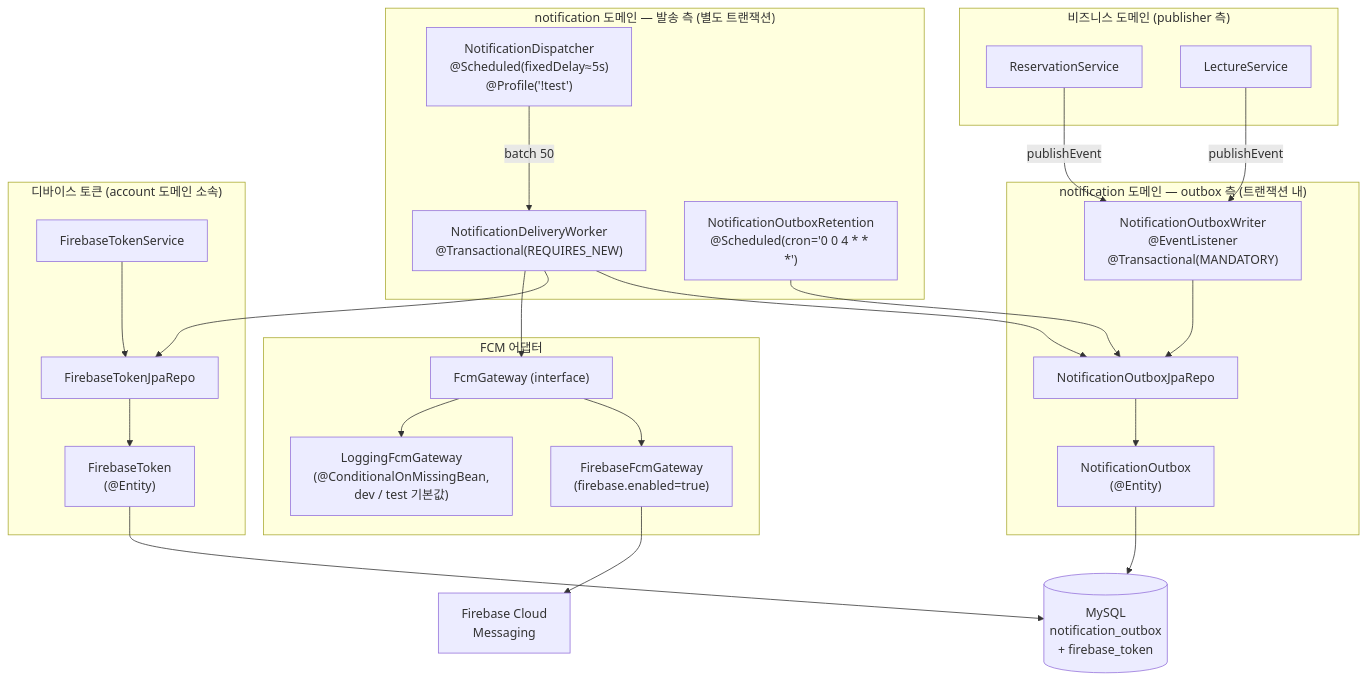
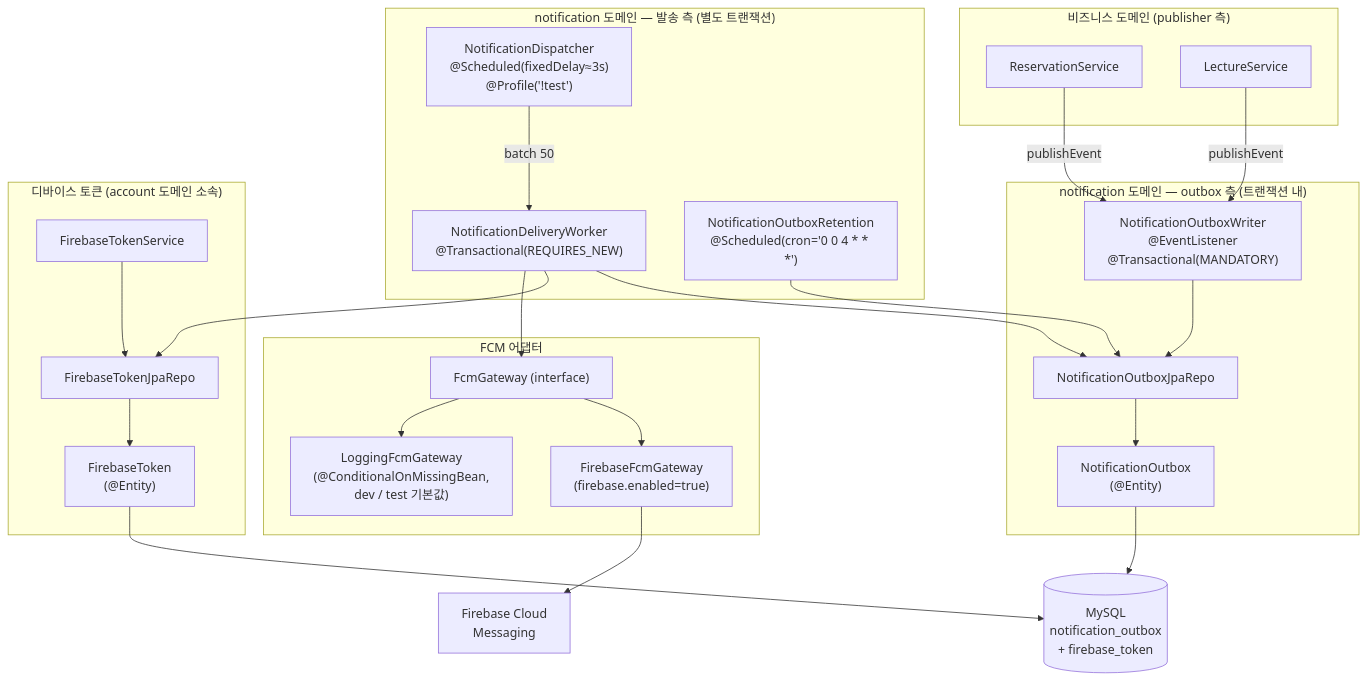
One commit to pungdong/Pungdong-Backend changed the first of 6 diagrams in docs/architecture/notification.md. Above: the diagram before and after it, drawn with Mermaid. The commit also changed other lines of this file and 1 other file, not shown here.

````diff
--- a/docs/architecture/notification.md
+++ b/docs/architecture/notification.md
@@ -15,54 +15,54 @@
 ```mermaid
 flowchart TB
     subgraph Biz["비즈니스 도메인 (publisher 측)"]
         ReservSvc["ReservationService"]
         LectSvc["LectureService"]
     end
 
     subgraph Outbox["notification 도메인 — outbox 측 (트랜잭션 내)"]
         Writer["NotificationOutboxWriter<br/>@EventListener<br/>@Transactional(MANDATORY)"]
         OutboxEntity["NotificationOutbox<br/>(@Entity)"]
         OutboxRepo["NotificationOutboxJpaRepo"]
     end
 
     subgraph Worker["notification 도메인 — 발송 측 (별도 트랜잭션)"]
-        Dispatcher["NotificationDispatcher<br/>@Scheduled(fixedDelay≈5s)<br/>@Profile('!test')"]
+        Dispatcher["NotificationDispatcher<br/>@Scheduled(fixedDelay≈3s)<br/>@Profile('!test')"]
         DeliveryWorker["NotificationDeliveryWorker<br/>@Transactional(REQUIRES_NEW)"]
         Retention["NotificationOutboxRetention<br/>@Scheduled(cron='0 0 4 * * *')"]
     end
 
     subgraph Token["디바이스 토큰 (account 도메인 소속)"]
         TokenSvc["FirebaseTokenService"]
         TokenEntity["FirebaseToken<br/>(@Entity)"]
         TokenRepo["FirebaseTokenJpaRepo"]
     end
 
     subgraph Fcm["FCM 어댑터"]
         Gateway["FcmGateway (interface)"]
         Real["FirebaseFcmGateway<br/>(firebase.enabled=true)"]
         Stub["LoggingFcmGateway<br/>(@ConditionalOnMissingBean,<br/>dev / test 기본값)"]
     end
 
     DB[("MySQL<br/>notification_outbox<br/>+ firebase_token")]
     FCMext["Firebase Cloud<br/>Messaging"]
 
     ReservSvc -->|publishEvent| Writer
     LectSvc -->|publishEvent| Writer
     Writer --> OutboxRepo
     OutboxRepo --> OutboxEntity
     OutboxEntity --> DB
 
     Dispatcher -->|batch 50| DeliveryWorker
     DeliveryWorker --> OutboxRepo
     DeliveryWorker --> TokenRepo
     DeliveryWorker --> Gateway
     Retention --> OutboxRepo
 
     Gateway --> Real
     Gateway --> Stub
     Real --> FCMext
 
     TokenSvc --> TokenRepo
     TokenRepo --> TokenEntity
     TokenEntity --> DB
 ```
````
